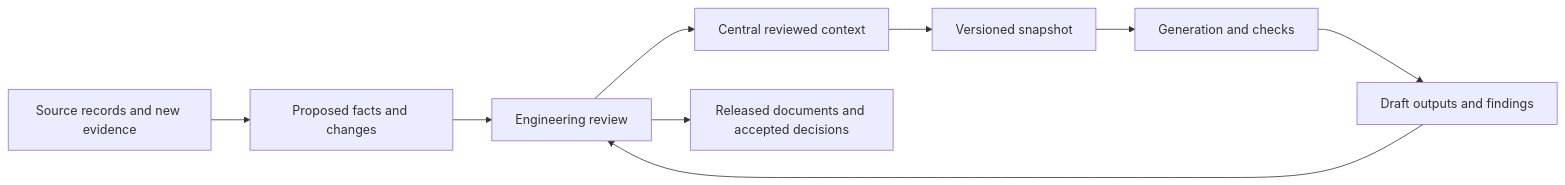
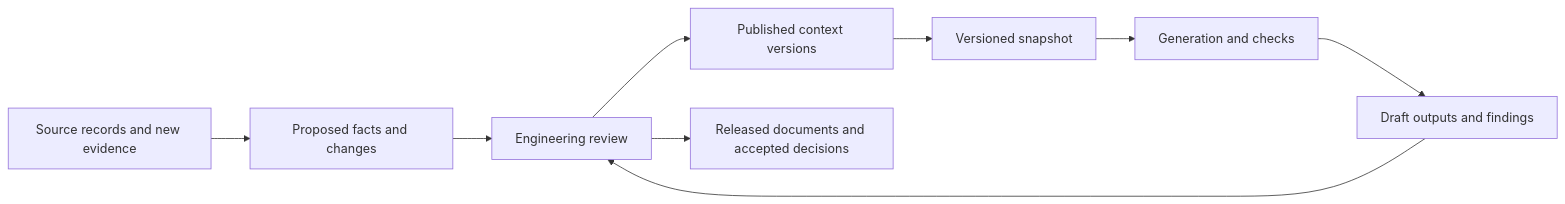
One commit to steve-vitale/pid-to-digital-twin changed the diagram in docs/CONTEXT_LIFECYCLE.md. Above: the diagram before and after it, drawn with Mermaid. The commit also changed other lines of this file and 69 other files, not shown here.

````diff
--- a/docs/CONTEXT_LIFECYCLE.md
+++ b/docs/CONTEXT_LIFECYCLE.md
@@ -17,11 +47,11 @@
 ```mermaid
 flowchart LR
     A[Source records and new evidence] --> B[Proposed facts and changes]
     B --> C[Engineering review]
-    C --> D[Central reviewed context]
+    C --> D[Published context versions]
     D --> E[Versioned snapshot]
     E --> F[Generation and checks]
     F --> G[Draft outputs and findings]
     G --> C
     C --> H[Released documents and accepted decisions]
 ```
````
